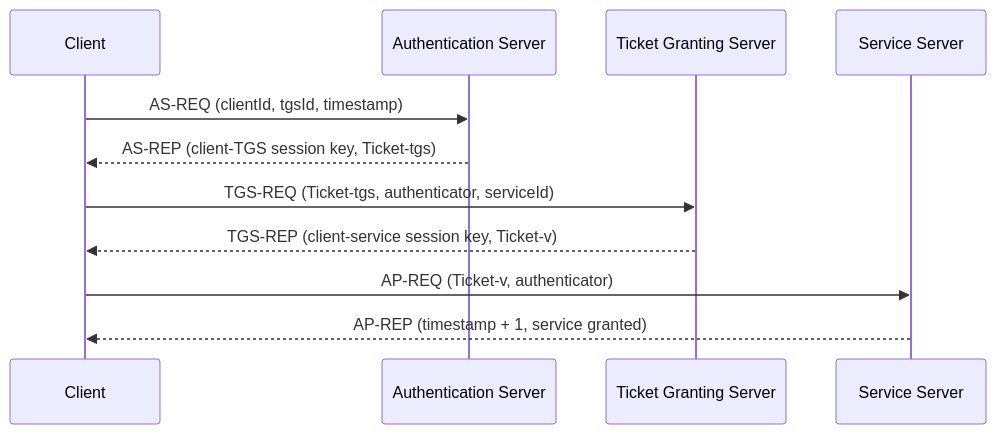
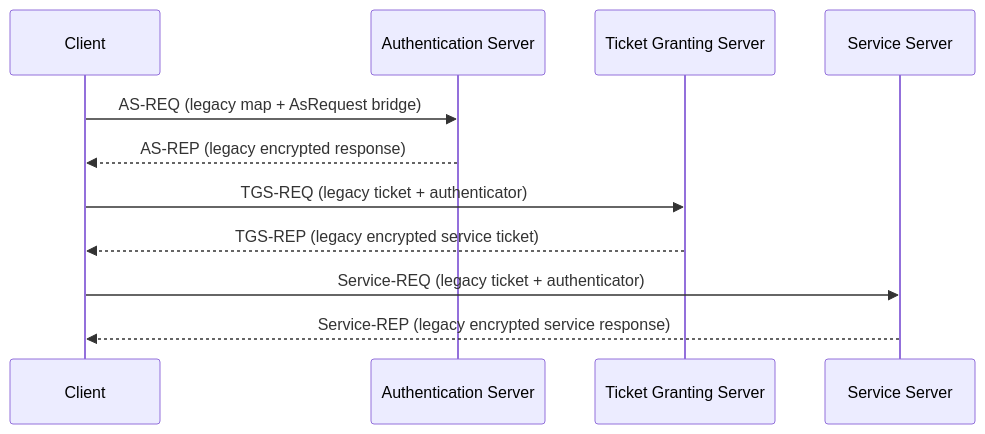
Before and after one commit to LiamSalazar/Kerberos: the diagram in PruebaKeberos/README.md, drawn with Mermaid. The commit also changed other lines of this file and 107 other files, not shown here.

````diff
--- a/PruebaKeberos/README.md
+++ b/PruebaKeberos/README.md
@@ -103,14 +46,14 @@
 ```mermaid
 sequenceDiagram
     participant C as Client
     participant AS as Authentication Server
     participant TGS as Ticket Granting Server
     participant S as Service Server
 
-    C->>AS: AS-REQ (clientId, tgsId, timestamp)
-    AS-->>C: AS-REP (client-TGS session key, Ticket-tgs)
-    C->>TGS: TGS-REQ (Ticket-tgs, authenticator, serviceId)
-    TGS-->>C: TGS-REP (client-service session key, Ticket-v)
-    C->>S: AP-REQ (Ticket-v, authenticator)
-    S-->>C: AP-REP (timestamp + 1, service granted)
+    C->>AS: AS-REQ (legacy map + AsRequest bridge)
+    AS-->>C: AS-REP (legacy encrypted response)
+    C->>TGS: TGS-REQ (legacy ticket + authenticator)
+    TGS-->>C: TGS-REP (legacy encrypted service ticket)
+    C->>S: Service-REQ (legacy ticket + authenticator)
+    S-->>C: Service-REP (legacy encrypted service response)
 ```
````
